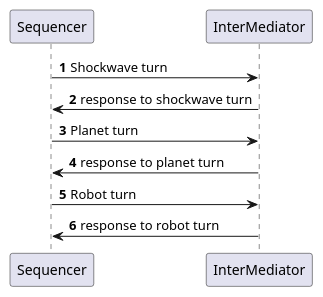
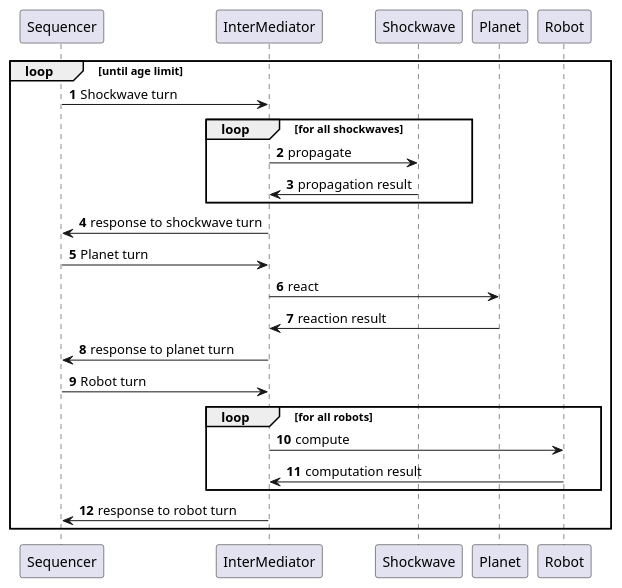
One commit to LEBOCQTitouan/ia-ensicaen-colonisation changed the diagram in uml/sequence diagram/model/Sequencer use.puml. Above: the diagram before and after it, drawn with PlantUML.

Commit message:
global description of a sequencer cycle

```diff
--- a/uml/sequence diagram/model/Sequencer use.puml
+++ b/uml/sequence diagram/model/Sequencer use.puml
@@ -1,18 +1,33 @@
 @startuml
 'https://plantuml.com/sequence-diagram
 
 autonumber
 
 participant Sequencer
 participant InterMediator
+participant Shockwave
+participant Planet
+participant Robot
 
-Sequencer -> InterMediator: Shockwave turn
-InterMediator -> Sequencer: response to shockwave turn
+loop until age limit
+    Sequencer -> InterMediator: Shockwave turn
+        loop for all shockwaves
+            InterMediator -> Shockwave: propagate
+            Shockwave -> InterMediator: propagation result
+        end
+    InterMediator -> Sequencer: response to shockwave turn
 
-Sequencer -> InterMediator: Planet turn
-InterMediator -> Sequencer: response to planet turn
+    Sequencer -> InterMediator: Planet turn
+    InterMediator -> Planet: react
+    Planet -> InterMediator: reaction result
+    InterMediator -> Sequencer: response to planet turn
 
-Sequencer -> InterMediator: Robot turn
-InterMediator -> Sequencer: response to robot turn
+    Sequencer -> InterMediator: Robot turn
+        loop for all robots
+            InterMediator -> Robot: compute
+            Robot -> InterMediator: computation result
+        end
+    InterMediator -> Sequencer: response to robot turn
+end
 
 @enduml
```
